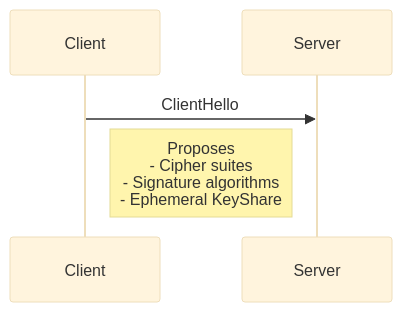
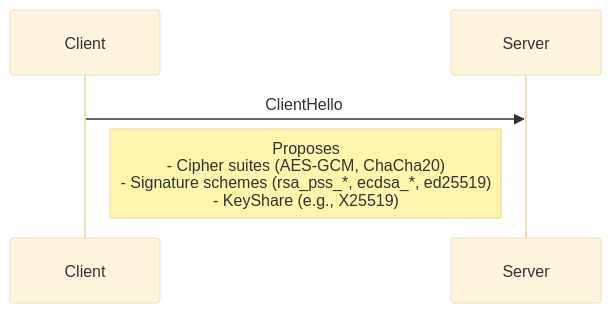
Before and after one commit to cicorias/ec-curves-handshakes: the second of 5 diagrams in README.md, drawn with Mermaid (base theme). The commit also changed other lines of this file and 9 other files, not shown here.

````diff
--- a/README.md
+++ b/README.md
@@ -44,8 +30,8 @@
 ```mermaid
 sequenceDiagram
     participant Client
     participant Server
 
     Client->>Server: ClientHello
-    Note right of Client: Proposes<br/>- Cipher suites<br/>- Signature algorithms<br/>- Ephemeral KeyShare
+    Note right of Client: Proposes<br/>- Cipher suites (AES-GCM, ChaCha20)<br/>- Signature schemes (rsa_pss_*, ecdsa_*, ed25519)<br/>- KeyShare (e.g., X25519)
 ```
````
